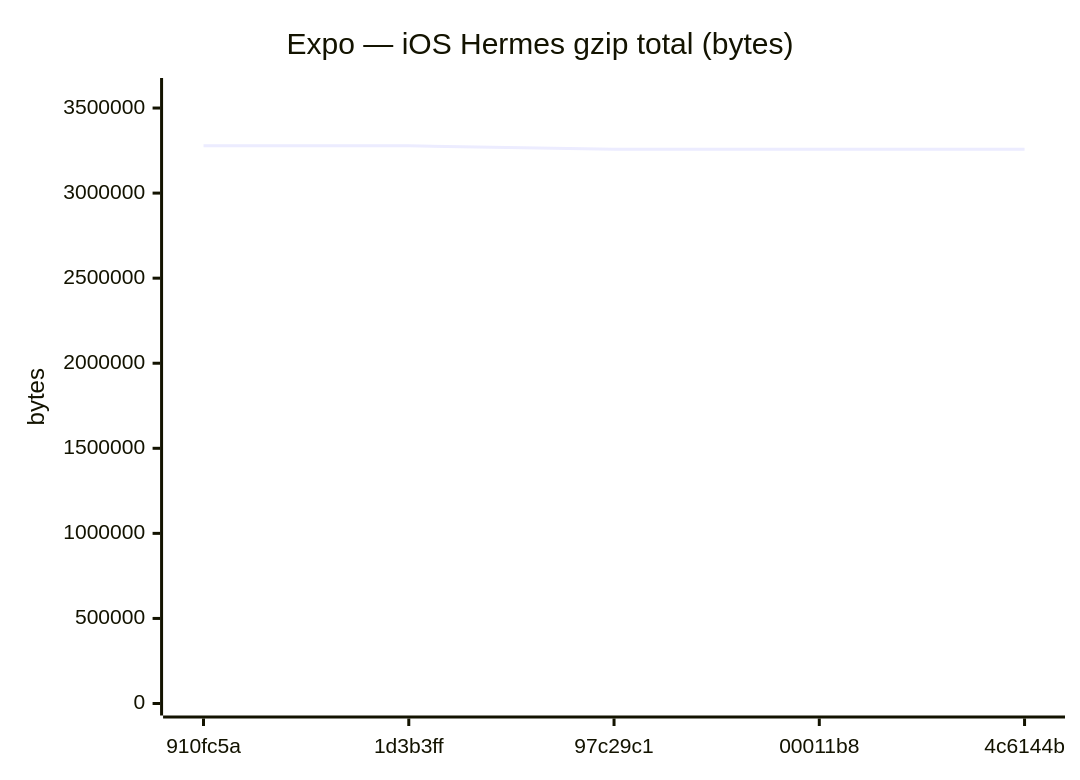
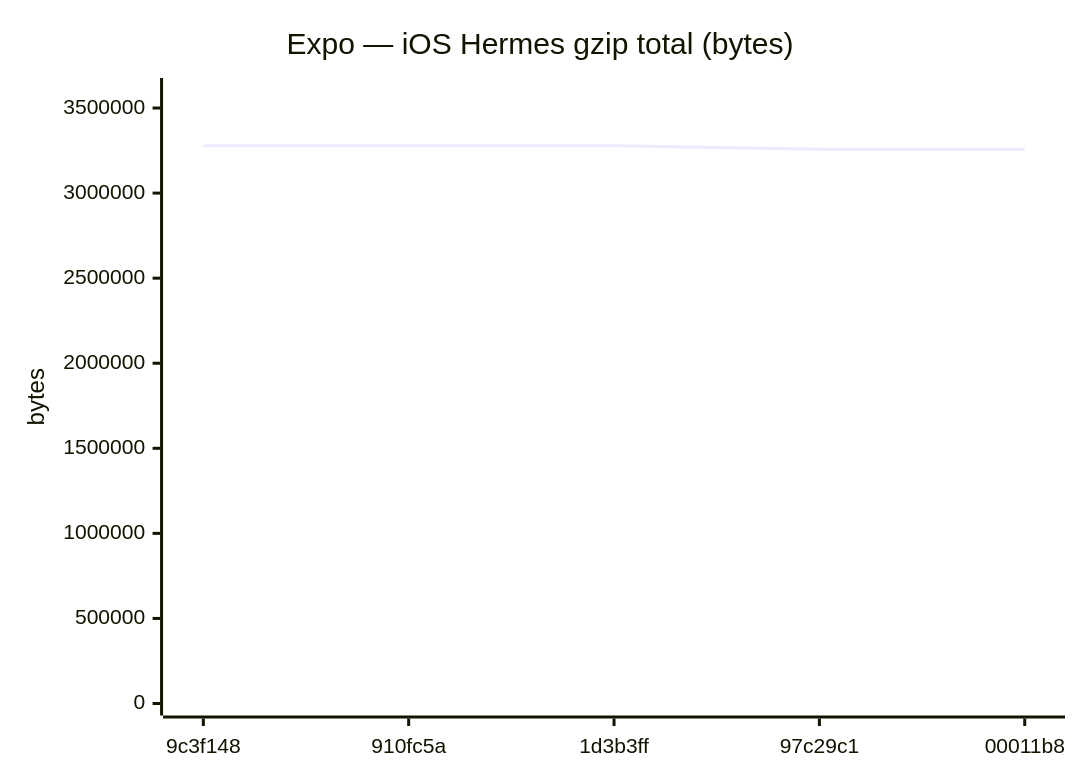
One commit to Metaheurist/Rianell changed diagram 12 of 18 in benchmarks/compare.md. Above: the diagram before and after it, drawn with Mermaid. The commit also changed other lines of this file and 11 other files, not shown here.

````diff
--- a/benchmarks/compare.md
+++ b/benchmarks/compare.md
@@ -179,7 +179,7 @@
 ```mermaid
 xychart-beta
     title "Expo — iOS Hermes gzip total (bytes)"
-    x-axis ["910fc5a", "1d3b3ff", "97c29c1", "00011b8", "4c6144b"]
-    y-axis "bytes" 0 --> 3606018
-    line [3277688, 3278198, 3258272, 3258276, 3258273]
+    x-axis ["9c3f148", "910fc5a", "1d3b3ff", "97c29c1", "00011b8"]
+    y-axis "bytes" 0 --> 3606019
+    line [3278199, 3277688, 3278198, 3258272, 3258276]
 ```
````
